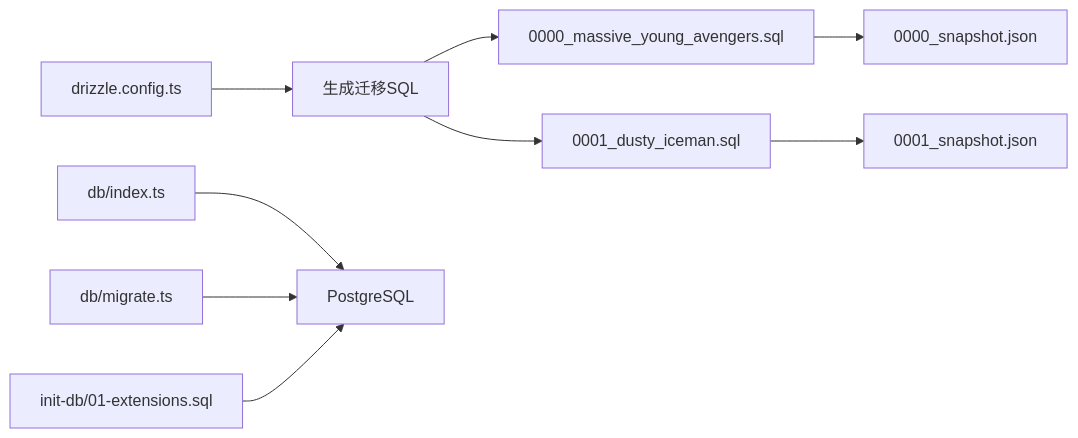
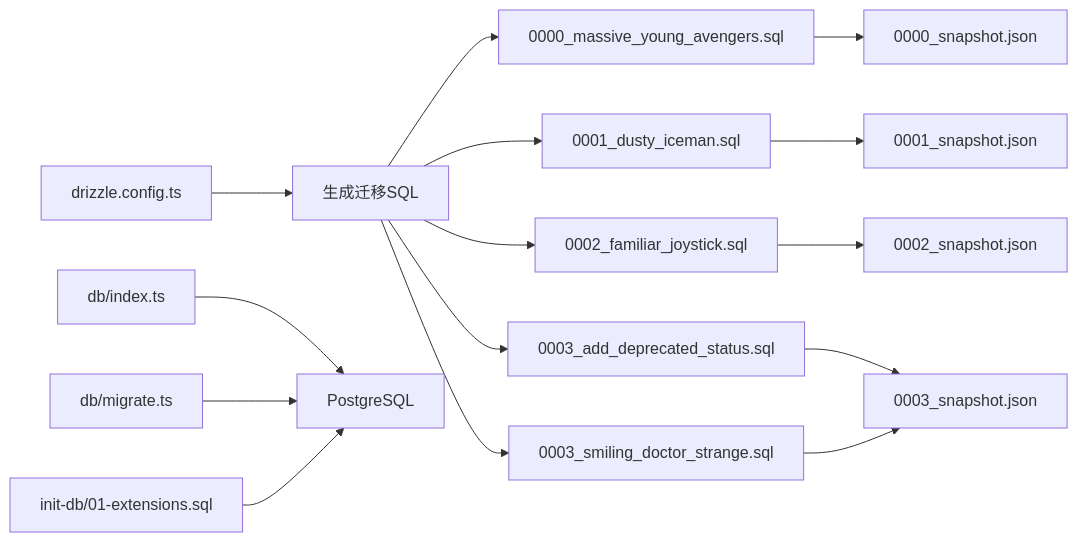
The third of 7 diagrams in .qoder/repowiki/zh/content/数据库设计/数据库设计.md (EverettCamus/HeartRule-Qoder), drawn with Mermaid before and after one commit. The commit also changed other lines of this file and 8 other files, not shown here.

````diff
--- a/.qoder/repowiki/zh/content/数据库设计/数据库设计.md
+++ b/.qoder/repowiki/zh/content/数据库设计/数据库设计.md
@@ -389,11 +444,17 @@
 ```mermaid
 graph LR
 CFG["drizzle.config.ts"] --> GEN["生成迁移SQL"]
 GEN --> SQL0["0000_massive_young_avengers.sql"]
 GEN --> SQL1["0001_dusty_iceman.sql"]
+GEN --> SQL2["0002_familiar_joystick.sql"]
+GEN --> SQL3["0003_add_deprecated_status.sql"]
+GEN --> SQL4["0003_smiling_doctor_strange.sql"]
 SQL0 --> SNAP0["0000_snapshot.json"]
 SQL1 --> SNAP1["0001_snapshot.json"]
+SQL2 --> SNAP2["0002_snapshot.json"]
+SQL3 --> SNAP3["0003_snapshot.json"]
+SQL4 --> SNAP3
 IDX["db/index.ts"] --> DB["PostgreSQL"]
 MIG["db/migrate.ts"] --> DB
 EXT["init-db/01-extensions.sql"] --> DB
 ```
````
